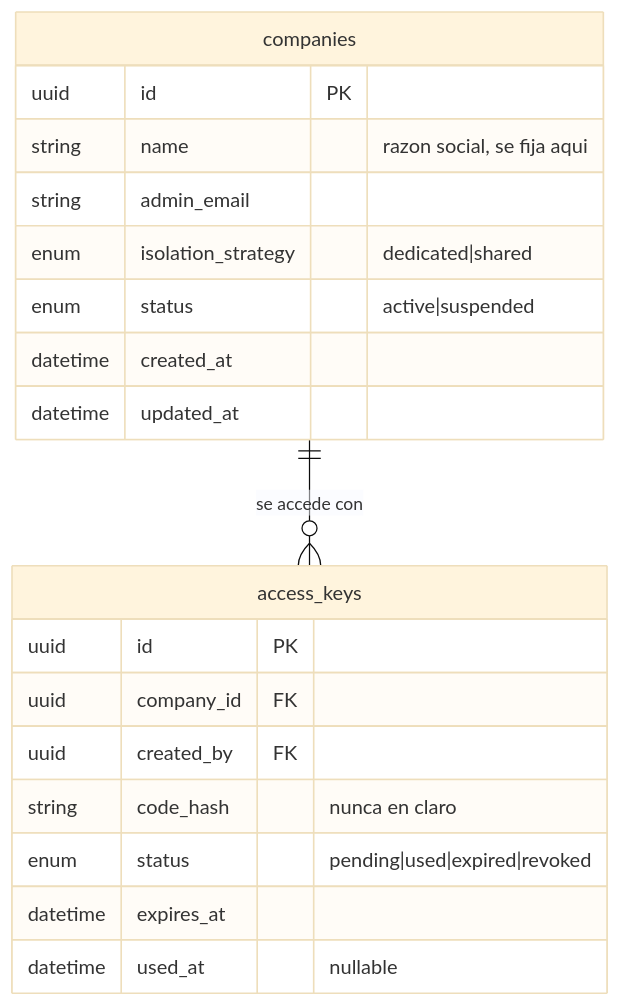
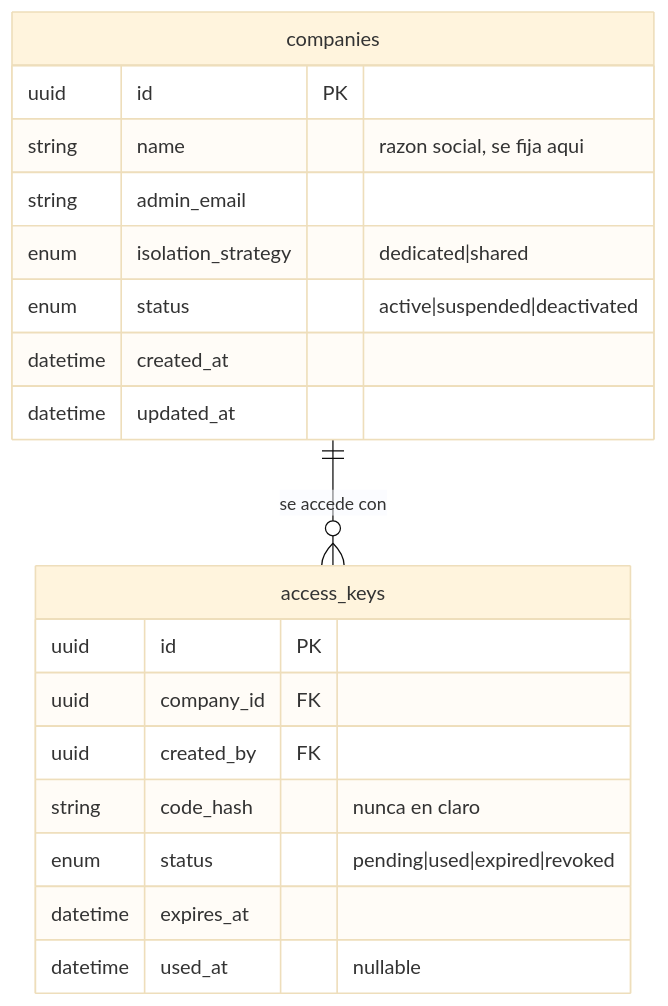
One commit to Monkey-GRC/Monkey-Brain-IA changed the diagram in skills/product/monkey-compliance-council/references/datos/modelo/04-monkey-admin.md. Above: the diagram before and after it, drawn with Mermaid (base theme). The commit also changed other lines of this file and 11 other files, not shown here.

````diff
--- a/skills/product/monkey-compliance-council/references/datos/modelo/04-monkey-admin.md
+++ b/skills/product/monkey-compliance-council/references/datos/modelo/04-monkey-admin.md
@@ -16,22 +16,22 @@
 ```mermaid
 erDiagram
     companies {
         uuid id PK
         string name "razon social, se fija aqui"
         string admin_email
         enum isolation_strategy "dedicated|shared"
-        enum status "active|suspended"
+        enum status "active|suspended|deactivated"
         datetime created_at
         datetime updated_at
     }
     access_keys {
         uuid id PK
         uuid company_id FK
         uuid created_by FK
         string code_hash "nunca en claro"
         enum status "pending|used|expired|revoked"
         datetime expires_at
         datetime used_at "nullable"
     }
     companies ||--o{ access_keys : "se accede con"
 ```
````
